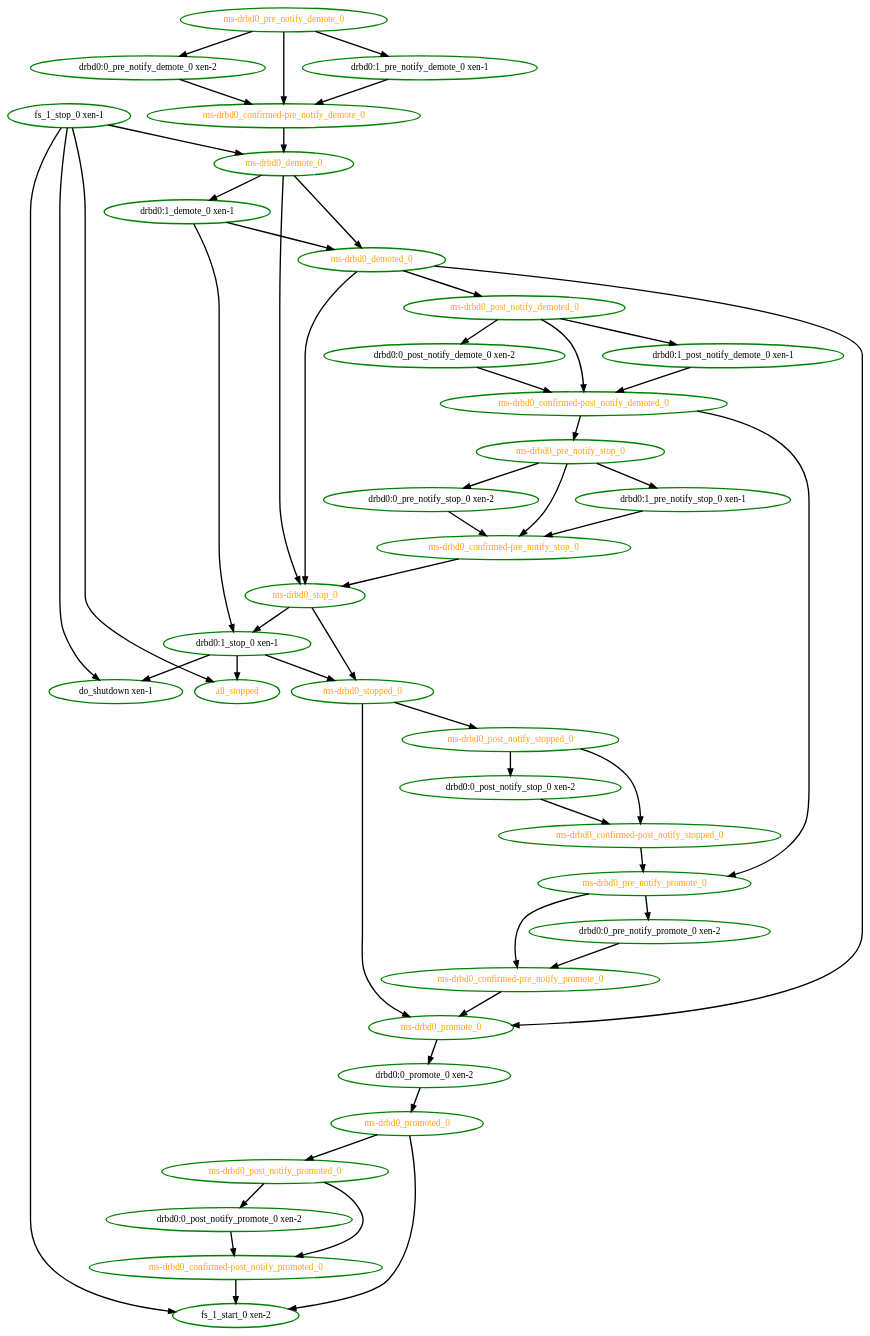
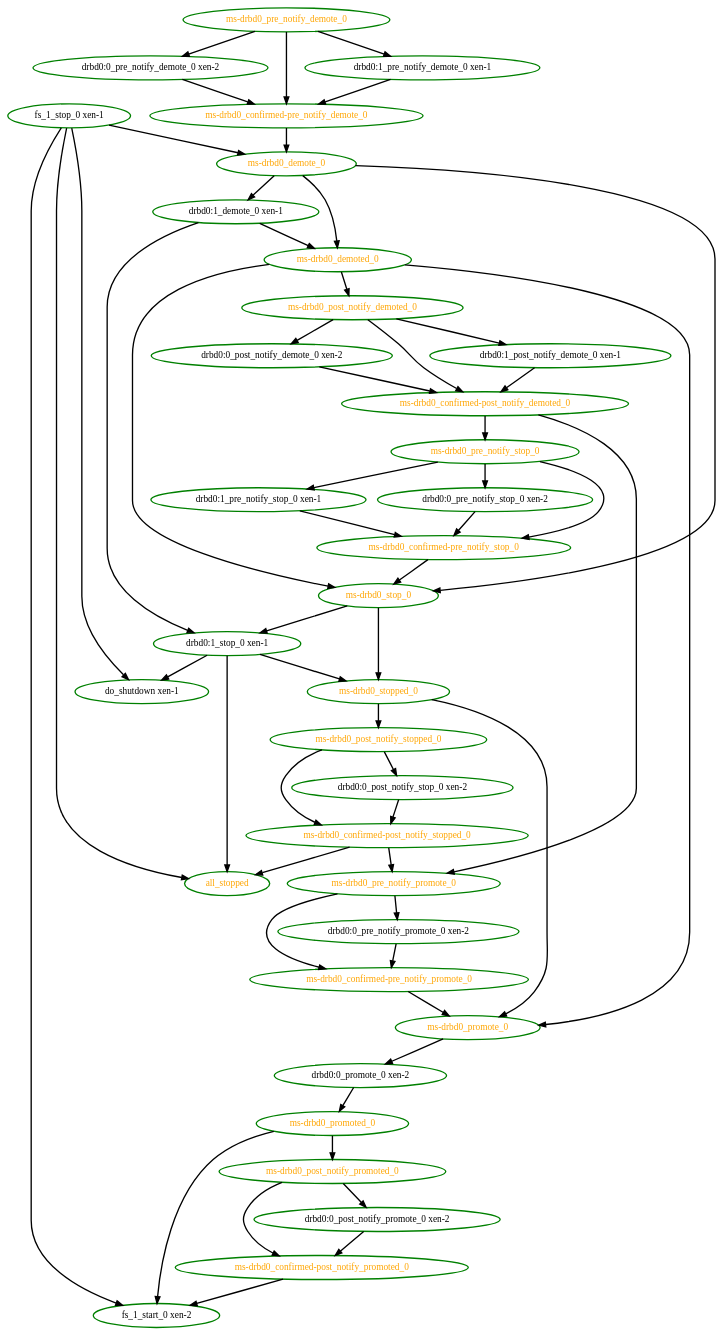
Before and after one commit to linux-ha-japan/pm_diskd: the diagram in pengine/test10/novell-239082.dot, drawn with Graphviz. The commit also changed 28 other files, not shown here.

Commit message:
Low: PE: Have post-notification of stops be an input to the all_stopped pseudo event

```diff
--- a/pengine/test10/novell-239082.dot
+++ b/pengine/test10/novell-239082.dot
@@ -1,90 +1,91 @@
  digraph "g" {
 "all_stopped" [ style=bold color="green" fontcolor="orange"  ]
 "do_shutdown xen-1" [ style=bold color="green" fontcolor="black"  ]
 "drbd0:0_post_notify_demote_0 xen-2" -> "ms-drbd0_confirmed-post_notify_demoted_0" [ style = bold]
 "drbd0:0_post_notify_demote_0 xen-2" [ style=bold color="green" fontcolor="black"  ]
 "drbd0:0_post_notify_promote_0 xen-2" -> "ms-drbd0_confirmed-post_notify_promoted_0" [ style = bold]
 "drbd0:0_post_notify_promote_0 xen-2" [ style=bold color="green" fontcolor="black"  ]
 "drbd0:0_post_notify_stop_0 xen-2" -> "ms-drbd0_confirmed-post_notify_stopped_0" [ style = bold]
 "drbd0:0_post_notify_stop_0 xen-2" [ style=bold color="green" fontcolor="black"  ]
 "drbd0:0_pre_notify_demote_0 xen-2" -> "ms-drbd0_confirmed-pre_notify_demote_0" [ style = bold]
 "drbd0:0_pre_notify_demote_0 xen-2" [ style=bold color="green" fontcolor="black"  ]
 "drbd0:0_pre_notify_promote_0 xen-2" -> "ms-drbd0_confirmed-pre_notify_promote_0" [ style = bold]
 "drbd0:0_pre_notify_promote_0 xen-2" [ style=bold color="green" fontcolor="black"  ]
 "drbd0:0_pre_notify_stop_0 xen-2" -> "ms-drbd0_confirmed-pre_notify_stop_0" [ style = bold]
 "drbd0:0_pre_notify_stop_0 xen-2" [ style=bold color="green" fontcolor="black"  ]
 "drbd0:0_promote_0 xen-2" -> "ms-drbd0_promoted_0" [ style = bold]
 "drbd0:0_promote_0 xen-2" [ style=bold color="green" fontcolor="black"  ]
 "drbd0:1_demote_0 xen-1" -> "drbd0:1_stop_0 xen-1" [ style = bold]
 "drbd0:1_demote_0 xen-1" -> "ms-drbd0_demoted_0" [ style = bold]
 "drbd0:1_demote_0 xen-1" [ style=bold color="green" fontcolor="black"  ]
 "drbd0:1_post_notify_demote_0 xen-1" -> "ms-drbd0_confirmed-post_notify_demoted_0" [ style = bold]
 "drbd0:1_post_notify_demote_0 xen-1" [ style=bold color="green" fontcolor="black"  ]
 "drbd0:1_pre_notify_demote_0 xen-1" -> "ms-drbd0_confirmed-pre_notify_demote_0" [ style = bold]
 "drbd0:1_pre_notify_demote_0 xen-1" [ style=bold color="green" fontcolor="black"  ]
 "drbd0:1_pre_notify_stop_0 xen-1" -> "ms-drbd0_confirmed-pre_notify_stop_0" [ style = bold]
 "drbd0:1_pre_notify_stop_0 xen-1" [ style=bold color="green" fontcolor="black"  ]
 "drbd0:1_stop_0 xen-1" -> "all_stopped" [ style = bold]
 "drbd0:1_stop_0 xen-1" -> "do_shutdown xen-1" [ style = bold]
 "drbd0:1_stop_0 xen-1" -> "ms-drbd0_stopped_0" [ style = bold]
 "drbd0:1_stop_0 xen-1" [ style=bold color="green" fontcolor="black"  ]
 "fs_1_start_0 xen-2" [ style=bold color="green" fontcolor="black"  ]
 "fs_1_stop_0 xen-1" -> "all_stopped" [ style = bold]
 "fs_1_stop_0 xen-1" -> "do_shutdown xen-1" [ style = bold]
 "fs_1_stop_0 xen-1" -> "fs_1_start_0 xen-2" [ style = bold]
 "fs_1_stop_0 xen-1" -> "ms-drbd0_demote_0" [ style = bold]
 "fs_1_stop_0 xen-1" [ style=bold color="green" fontcolor="black"  ]
 "ms-drbd0_confirmed-post_notify_demoted_0" -> "ms-drbd0_pre_notify_promote_0" [ style = bold]
 "ms-drbd0_confirmed-post_notify_demoted_0" -> "ms-drbd0_pre_notify_stop_0" [ style = bold]
 "ms-drbd0_confirmed-post_notify_demoted_0" [ style=bold color="green" fontcolor="orange"  ]
 "ms-drbd0_confirmed-post_notify_promoted_0" -> "fs_1_start_0 xen-2" [ style = bold]
 "ms-drbd0_confirmed-post_notify_promoted_0" [ style=bold color="green" fontcolor="orange"  ]
+"ms-drbd0_confirmed-post_notify_stopped_0" -> "all_stopped" [ style = bold]
 "ms-drbd0_confirmed-post_notify_stopped_0" -> "ms-drbd0_pre_notify_promote_0" [ style = bold]
 "ms-drbd0_confirmed-post_notify_stopped_0" [ style=bold color="green" fontcolor="orange"  ]
 "ms-drbd0_confirmed-pre_notify_demote_0" -> "ms-drbd0_demote_0" [ style = bold]
 "ms-drbd0_confirmed-pre_notify_demote_0" [ style=bold color="green" fontcolor="orange"  ]
 "ms-drbd0_confirmed-pre_notify_promote_0" -> "ms-drbd0_promote_0" [ style = bold]
 "ms-drbd0_confirmed-pre_notify_promote_0" [ style=bold color="green" fontcolor="orange"  ]
 "ms-drbd0_confirmed-pre_notify_stop_0" -> "ms-drbd0_stop_0" [ style = bold]
 "ms-drbd0_confirmed-pre_notify_stop_0" [ style=bold color="green" fontcolor="orange"  ]
 "ms-drbd0_demote_0" -> "drbd0:1_demote_0 xen-1" [ style = bold]
 "ms-drbd0_demote_0" -> "ms-drbd0_demoted_0" [ style = bold]
 "ms-drbd0_demote_0" -> "ms-drbd0_stop_0" [ style = bold]
 "ms-drbd0_demote_0" [ style=bold color="green" fontcolor="orange"  ]
 "ms-drbd0_demoted_0" -> "ms-drbd0_post_notify_demoted_0" [ style = bold]
 "ms-drbd0_demoted_0" -> "ms-drbd0_promote_0" [ style = bold]
 "ms-drbd0_demoted_0" -> "ms-drbd0_stop_0" [ style = bold]
 "ms-drbd0_demoted_0" [ style=bold color="green" fontcolor="orange"  ]
 "ms-drbd0_post_notify_demoted_0" -> "drbd0:0_post_notify_demote_0 xen-2" [ style = bold]
 "ms-drbd0_post_notify_demoted_0" -> "drbd0:1_post_notify_demote_0 xen-1" [ style = bold]
 "ms-drbd0_post_notify_demoted_0" -> "ms-drbd0_confirmed-post_notify_demoted_0" [ style = bold]
 "ms-drbd0_post_notify_demoted_0" [ style=bold color="green" fontcolor="orange"  ]
 "ms-drbd0_post_notify_promoted_0" -> "drbd0:0_post_notify_promote_0 xen-2" [ style = bold]
 "ms-drbd0_post_notify_promoted_0" -> "ms-drbd0_confirmed-post_notify_promoted_0" [ style = bold]
 "ms-drbd0_post_notify_promoted_0" [ style=bold color="green" fontcolor="orange"  ]
 "ms-drbd0_post_notify_stopped_0" -> "drbd0:0_post_notify_stop_0 xen-2" [ style = bold]
 "ms-drbd0_post_notify_stopped_0" -> "ms-drbd0_confirmed-post_notify_stopped_0" [ style = bold]
 "ms-drbd0_post_notify_stopped_0" [ style=bold color="green" fontcolor="orange"  ]
 "ms-drbd0_pre_notify_demote_0" -> "drbd0:0_pre_notify_demote_0 xen-2" [ style = bold]
 "ms-drbd0_pre_notify_demote_0" -> "drbd0:1_pre_notify_demote_0 xen-1" [ style = bold]
 "ms-drbd0_pre_notify_demote_0" -> "ms-drbd0_confirmed-pre_notify_demote_0" [ style = bold]
 "ms-drbd0_pre_notify_demote_0" [ style=bold color="green" fontcolor="orange"  ]
 "ms-drbd0_pre_notify_promote_0" -> "drbd0:0_pre_notify_promote_0 xen-2" [ style = bold]
 "ms-drbd0_pre_notify_promote_0" -> "ms-drbd0_confirmed-pre_notify_promote_0" [ style = bold]
 "ms-drbd0_pre_notify_promote_0" [ style=bold color="green" fontcolor="orange"  ]
 "ms-drbd0_pre_notify_stop_0" -> "drbd0:0_pre_notify_stop_0 xen-2" [ style = bold]
 "ms-drbd0_pre_notify_stop_0" -> "drbd0:1_pre_notify_stop_0 xen-1" [ style = bold]
 "ms-drbd0_pre_notify_stop_0" -> "ms-drbd0_confirmed-pre_notify_stop_0" [ style = bold]
 "ms-drbd0_pre_notify_stop_0" [ style=bold color="green" fontcolor="orange"  ]
 "ms-drbd0_promote_0" -> "drbd0:0_promote_0 xen-2" [ style = bold]
 "ms-drbd0_promote_0" [ style=bold color="green" fontcolor="orange"  ]
 "ms-drbd0_promoted_0" -> "fs_1_start_0 xen-2" [ style = bold]
 "ms-drbd0_promoted_0" -> "ms-drbd0_post_notify_promoted_0" [ style = bold]
 "ms-drbd0_promoted_0" [ style=bold color="green" fontcolor="orange"  ]
 "ms-drbd0_stop_0" -> "drbd0:1_stop_0 xen-1" [ style = bold]
 "ms-drbd0_stop_0" -> "ms-drbd0_stopped_0" [ style = bold]
 "ms-drbd0_stop_0" [ style=bold color="green" fontcolor="orange"  ]
 "ms-drbd0_stopped_0" -> "ms-drbd0_post_notify_stopped_0" [ style = bold]
 "ms-drbd0_stopped_0" -> "ms-drbd0_promote_0" [ style = bold]
 "ms-drbd0_stopped_0" [ style=bold color="green" fontcolor="orange"  ]
 }
```
